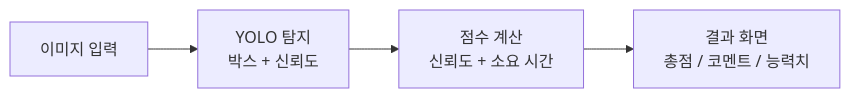
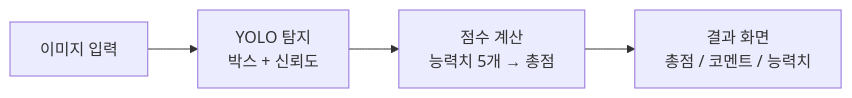
The diagram in README.md (sh-lee-dev/meccha-finder), drawn with Mermaid before and after one commit. The commit also changed other lines of this file and 2 other files, not shown here.

````diff
--- a/README.md
+++ b/README.md
@@ -28,6 +28,6 @@
 ```mermaid
 flowchart LR
     A[이미지 입력] --> B[YOLO 탐지<br/>박스 + 신뢰도]
-    B --> C[점수 계산<br/>신뢰도 + 소요 시간]
+    B --> C[점수 계산<br/>능력치 5개 → 총점]
     C --> D[결과 화면<br/>총점 / 코멘트 / 능력치]
 ```
````
